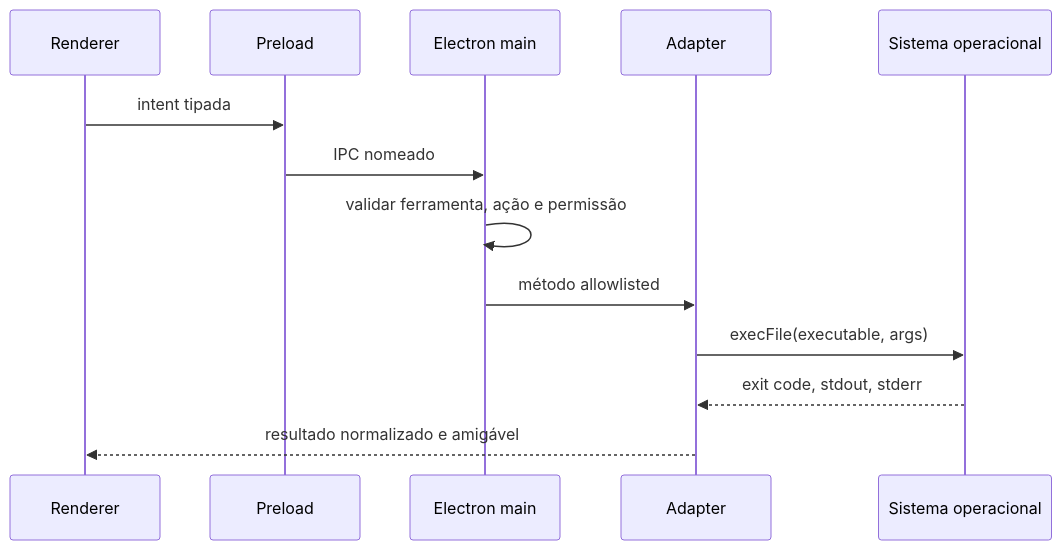
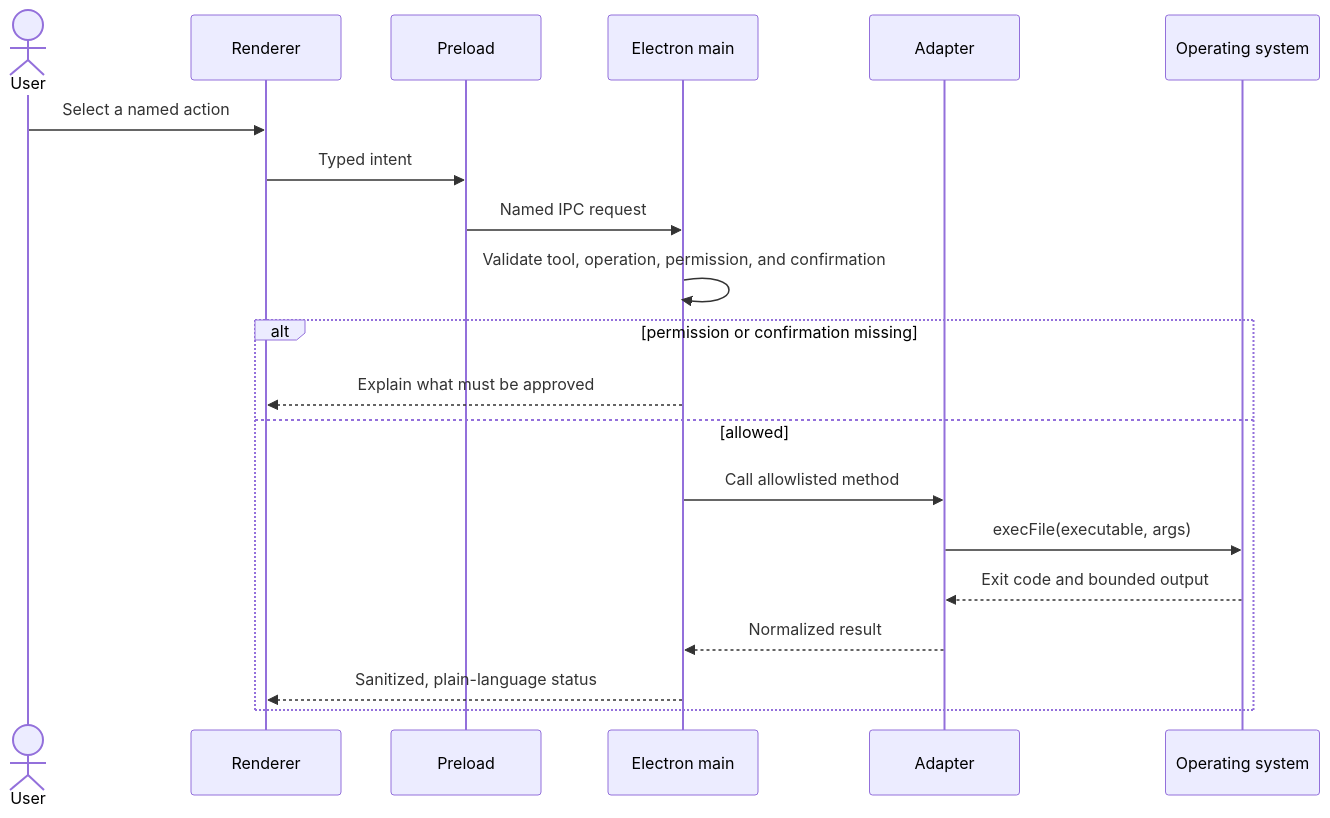
The diagram in docs/onboarding.md (spxmiguel/visualnscode), drawn with Mermaid before and after one commit. The commit also changed other lines of this file and 40 other files, not shown here.

````diff
--- a/docs/onboarding.md
+++ b/docs/onboarding.md
@@ -26,15 +29,22 @@
 ```mermaid
 sequenceDiagram
-  participant UI as Renderer
-  participant P as Preload
-  participant M as Electron main
-  participant I as Adapter
-  participant OS as Sistema operacional
-  UI->>P: intent tipada
-  P->>M: IPC nomeado
-  M->>M: validar ferramenta, ação e permissão
-  M->>I: método allowlisted
-  I->>OS: execFile(executable, args)
-  OS-->>I: exit code, stdout, stderr
-  I-->>UI: resultado normalizado e amigável
+    actor User
+    participant UI as Renderer
+    participant Preload
+    participant Main as Electron main
+    participant Adapter
+    participant OS as Operating system
+    User->>UI: Select a named action
+    UI->>Preload: Typed intent
+    Preload->>Main: Named IPC request
+    Main->>Main: Validate tool, operation, permission, and confirmation
+    alt permission or confirmation missing
+        Main-->>UI: Explain what must be approved
+    else allowed
+        Main->>Adapter: Call allowlisted method
+        Adapter->>OS: execFile(executable, args)
+        OS-->>Adapter: Exit code and bounded output
+        Adapter-->>Main: Normalized result
+        Main-->>UI: Sanitized, plain-language status
+    end
 ```
````
